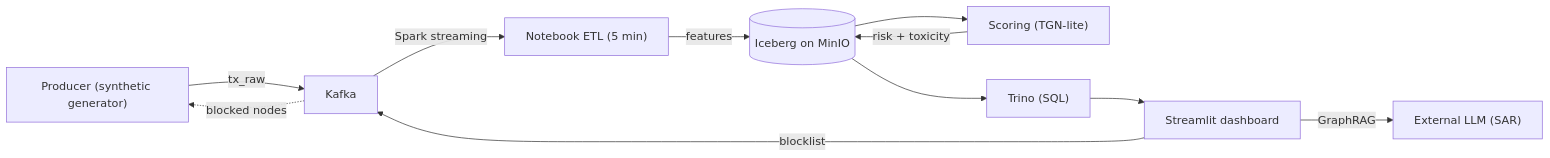
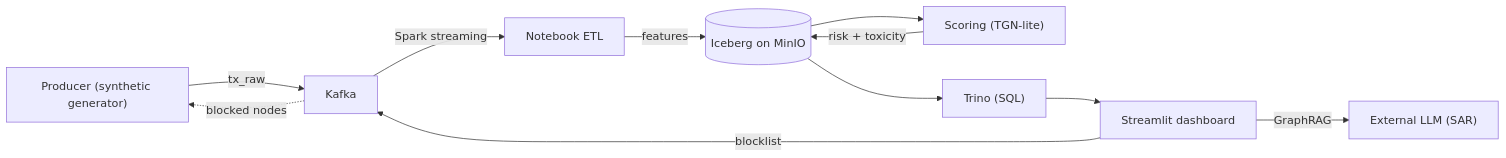
One commit to ne-kit-28/ai_driven_aml changed the diagram in README.md. Above: the diagram before and after it, drawn with Mermaid. The commit also changed other lines of this file and 3 other files, not shown here.

````diff
--- a/README.md
+++ b/README.md
@@ -28,13 +28,13 @@
 ```mermaid
 flowchart LR
   P["Producer (synthetic generator)"] -->|tx_raw| K["Kafka"]
-  K -->|Spark streaming| ETL["Notebook ETL (5 min)"]
+  K -->|Spark streaming| ETL["Notebook ETL"]
   ETL -->|features| ICE[("Iceberg on MinIO")]
   ICE --> SC["Scoring (TGN-lite)"]
   SC -->|risk + toxicity| ICE
   ICE --> TR["Trino (SQL)"]
   TR --> DASH["Streamlit dashboard"]
   DASH -->|GraphRAG| LLM["External LLM (SAR)"]
   DASH -->|blocklist| K
   K -.->|blocked nodes| P
 ```
````
